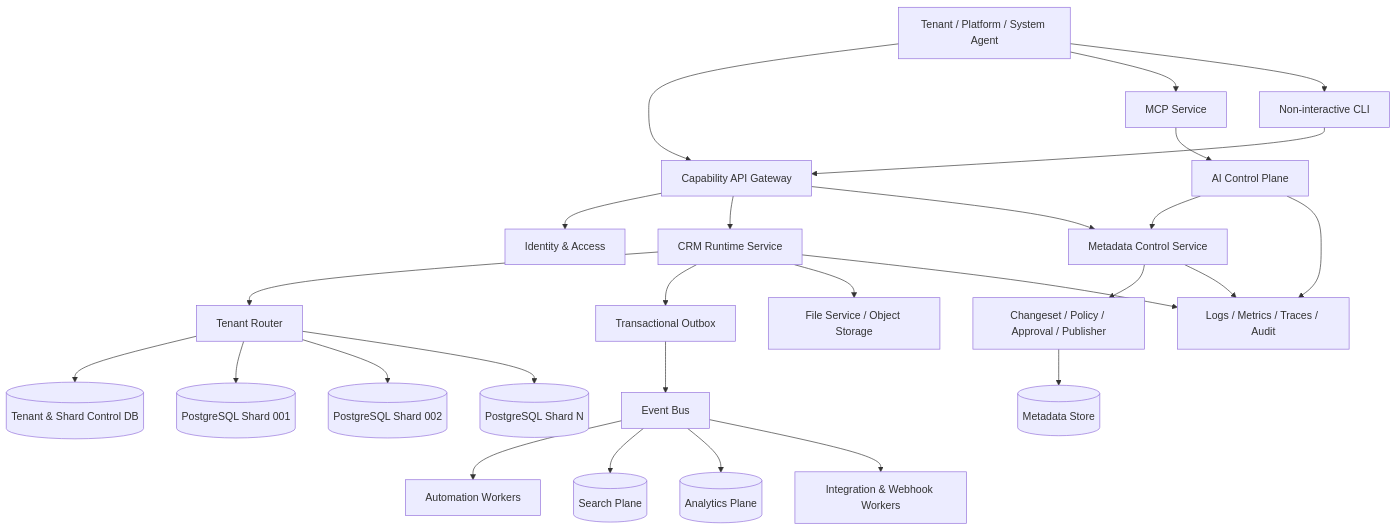
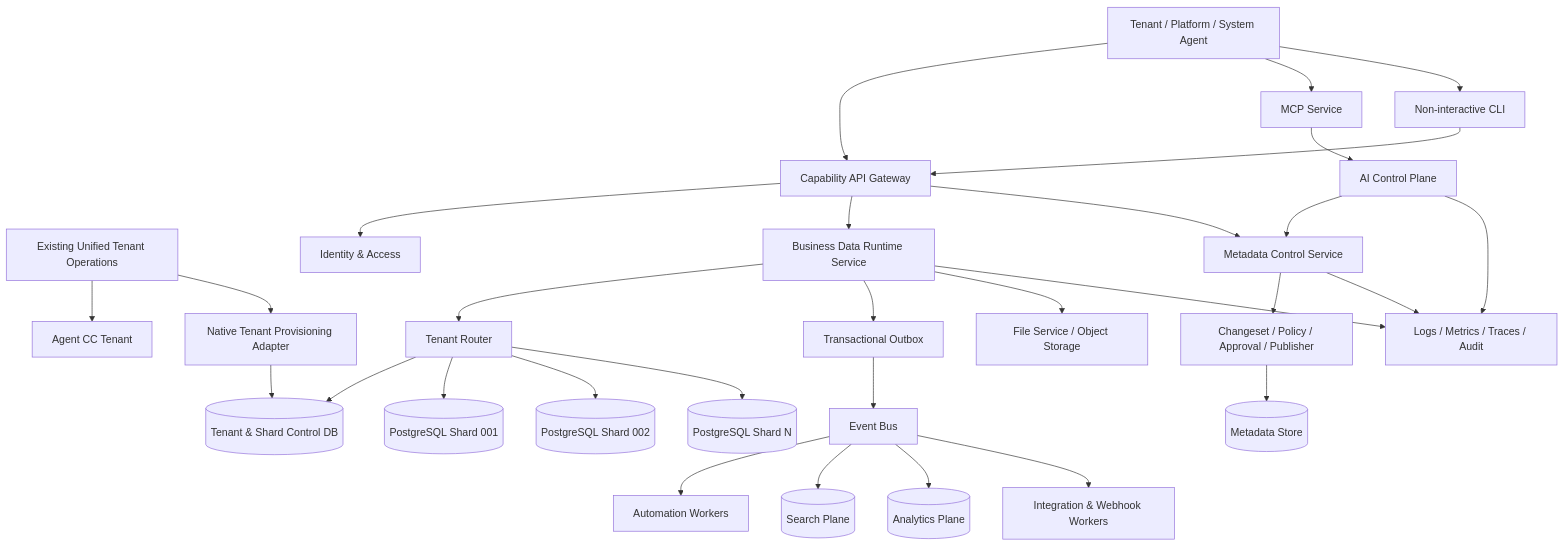
One commit to OlivierZEN/ai-native-platform changed the first of 4 diagrams in docs/specs/FEAT-009-greenfield-ai-native-crm-platform.md. Above: the diagram before and after it, drawn with Mermaid. The commit also changed other lines of this file and 44 other files, not shown here.

````diff
--- a/docs/specs/FEAT-009-greenfield-ai-native-crm-platform.md
+++ b/docs/specs/FEAT-009-greenfield-ai-native-crm-platform.md
@@ -109,29 +120,32 @@
 ```mermaid
 flowchart TB
+    OPS["Existing Unified Tenant Operations"] --> ACC["Agent CC Tenant"]
+    OPS --> TCS["Native Tenant Provisioning Adapter"]
     A["Tenant / Platform / System Agent"] --> G["Capability API Gateway"]
     A --> AT["MCP Service"]
     A --> CLI["Non-interactive CLI"]
     G --> IAM["Identity & Access"]
-    G --> RT["CRM Runtime Service"]
+    G --> RT["Business Data Runtime Service"]
     G --> META["Metadata Control Service"]
     AT --> AIC["AI Control Plane"]
     CLI --> G
     AIC --> META
     META --> CHG["Changeset / Policy / Approval / Publisher"]
     CHG --> MC[("Metadata Store")]
     RT --> ROUTE["Tenant Router"]
     ROUTE --> TC[("Tenant & Shard Control DB")]
+    TCS --> TC
     ROUTE --> S1[("PostgreSQL Shard 001")]
     ROUTE --> S2[("PostgreSQL Shard 002")]
     ROUTE --> SN[("PostgreSQL Shard N")]
     RT --> OUT["Transactional Outbox"]
     OUT --> BUS["Event Bus"]
     BUS --> AUTO["Automation Workers"]
     BUS --> SEARCH[("Search Plane")]
     BUS --> OLAP[("Analytics Plane")]
     BUS --> INT["Integration & Webhook Workers"]
     RT --> FILE["File Service / Object Storage"]
     RT --> OBS["Logs / Metrics / Traces / Audit"]
     META --> OBS
     AIC --> OBS
 ```
````
